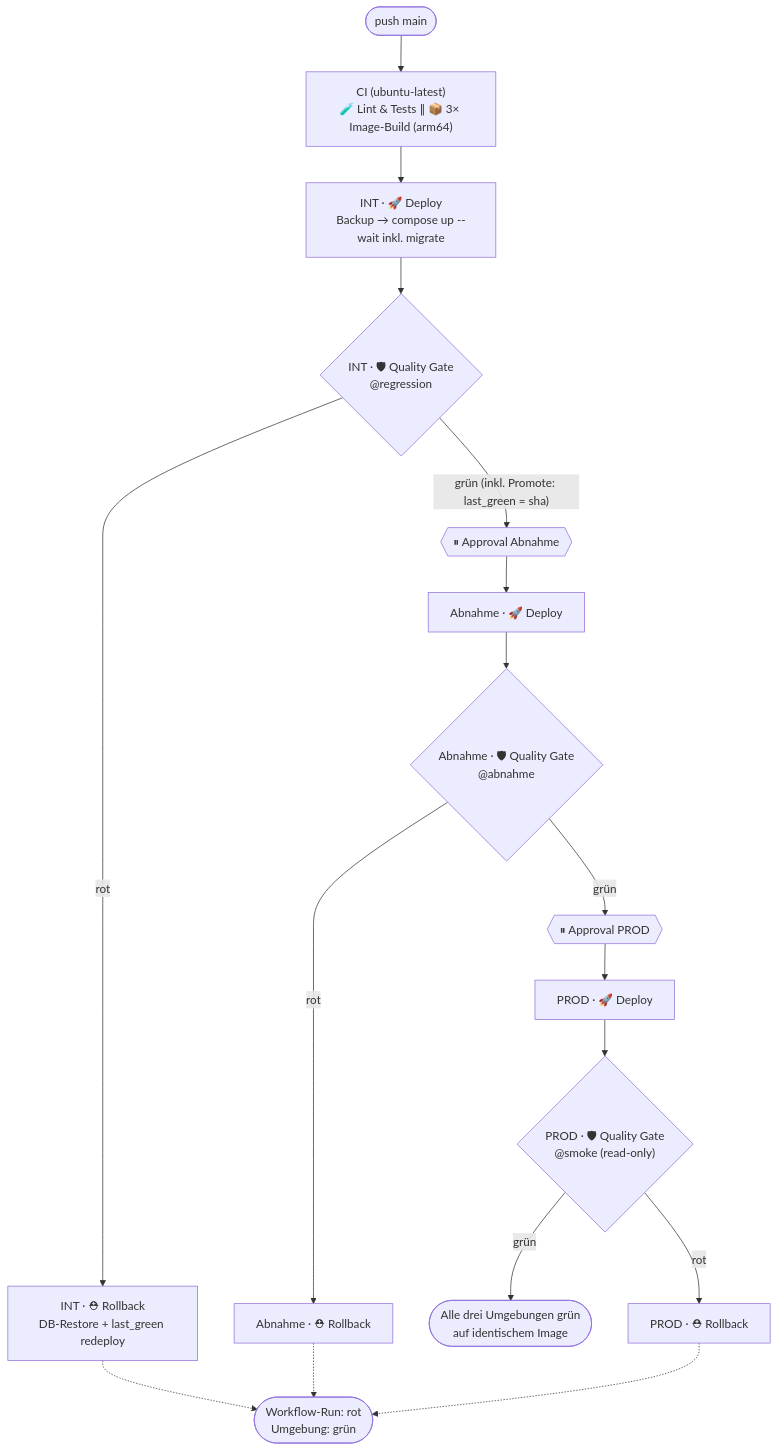
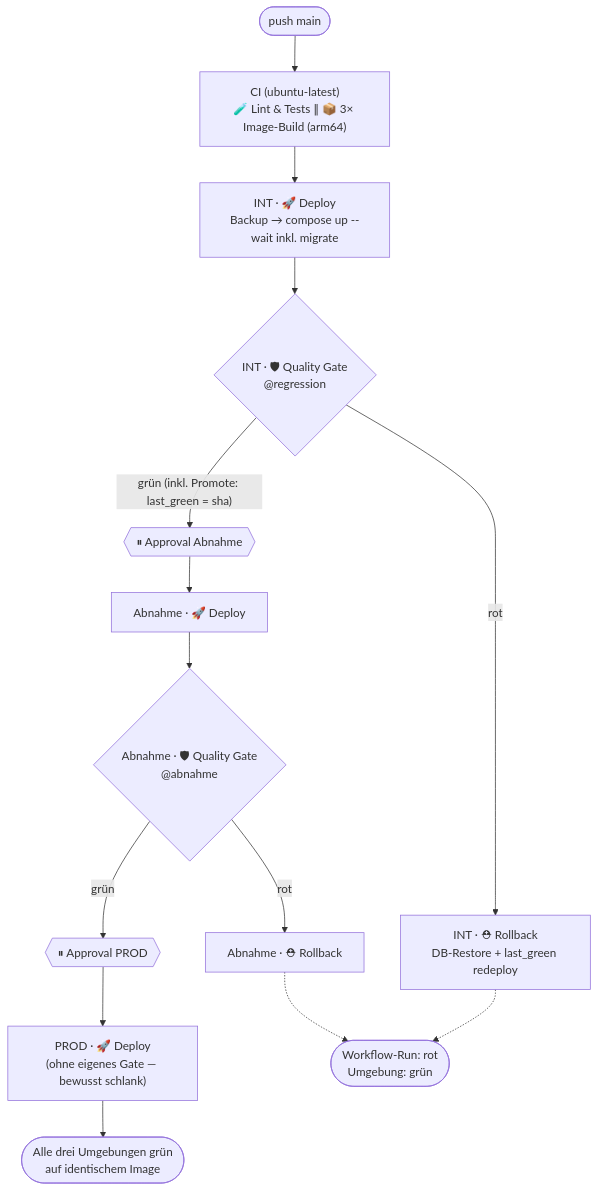
One commit to gosim/NextGen-CICD changed the second of 2 diagrams in docs/architecture.md. Above: the diagram before and after it, drawn with Mermaid. The commit also changed other lines of this file and 27 other files, not shown here.

First line of the commit message:
Erweiterungspaket: 2 Replicas + Zero-Downtime-Rolling, stündlicher Stabilitäts-Check, Testreports auf GitHub Pages + Grafana-Links, Portainer, menschenlesbare Versionen; PROD ohne Gate-/Rollback-Knoten

````diff
--- a/docs/architecture.md
+++ b/docs/architecture.md
@@ -87,23 +87,20 @@
 ```mermaid
 flowchart TD
     PUSH(["push main"]) --> CI["CI (ubuntu-latest)<br/>🧪 Lint & Tests ∥ 📦 3× Image-Build (arm64)"]
 
     CI --> D1["INT · 🚀 Deploy<br/>Backup → compose up --wait inkl. migrate"]
     D1 --> G1{"INT · 🛡 Quality Gate<br/>@regression"}
     G1 -- "grün (inkl. Promote: last_green = sha)" --> APP1{{"⏸ Approval Abnahme"}}
     G1 -- rot --> RB1["INT · ⛑ Rollback<br/>DB-Restore + last_green redeploy"]
 
     APP1 --> D2["Abnahme · 🚀 Deploy"]
     D2 --> G2{"Abnahme · 🛡 Quality Gate<br/>@abnahme"}
     G2 -- grün --> APP2{{"⏸ Approval PROD"}}
     G2 -- rot --> RB2["Abnahme · ⛑ Rollback"]
 
-    APP2 --> D3["PROD · 🚀 Deploy"]
-    D3 --> G3{"PROD · 🛡 Quality Gate<br/>@smoke (read-only)"}
-    G3 -- grün --> ENDE2(["Alle drei Umgebungen grün<br/>auf identischem Image"])
-    G3 -- rot --> RB3["PROD · ⛑ Rollback"]
+    APP2 --> D3["PROD · 🚀 Deploy<br/>(ohne eigenes Gate — bewusst schlank)"]
+    D3 --> ENDE2(["Alle drei Umgebungen grün<br/>auf identischem Image"])
 
     RB1 -.-> ENDE(["Workflow-Run: rot<br/>Umgebung: grün"])
     RB2 -.-> ENDE
-    RB3 -.-> ENDE
 ```
````
